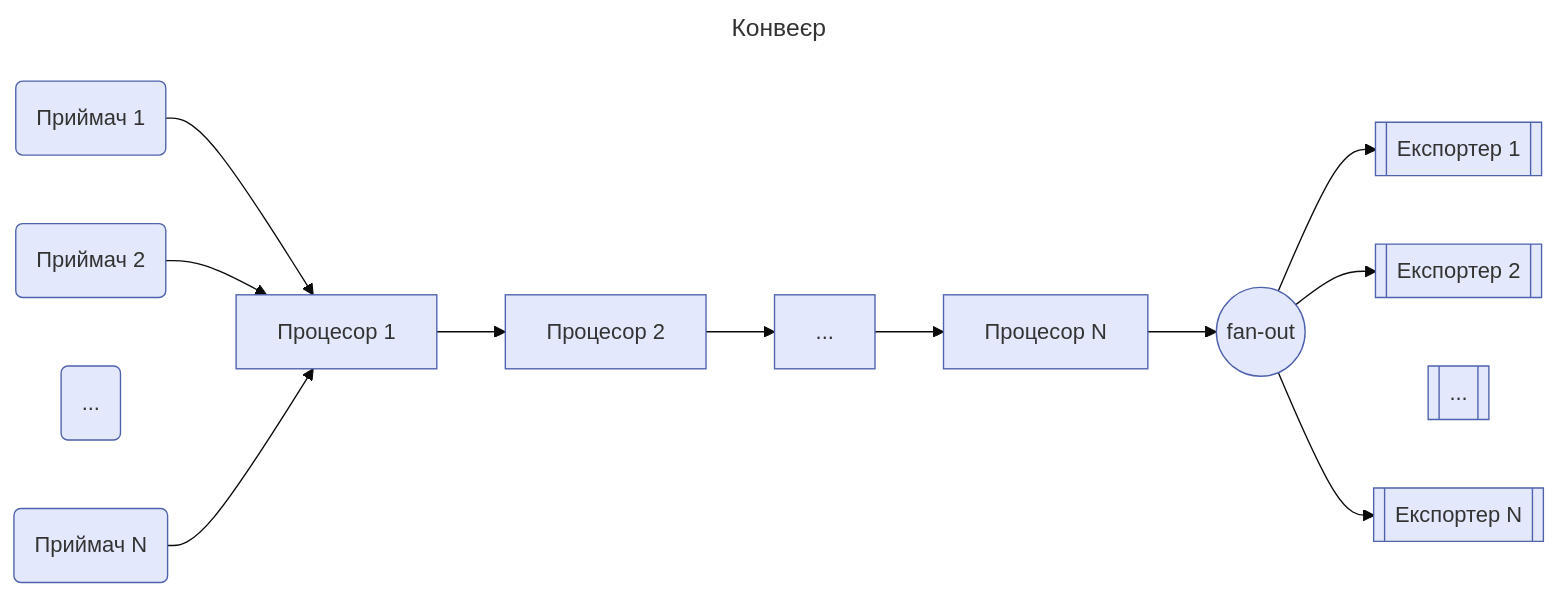
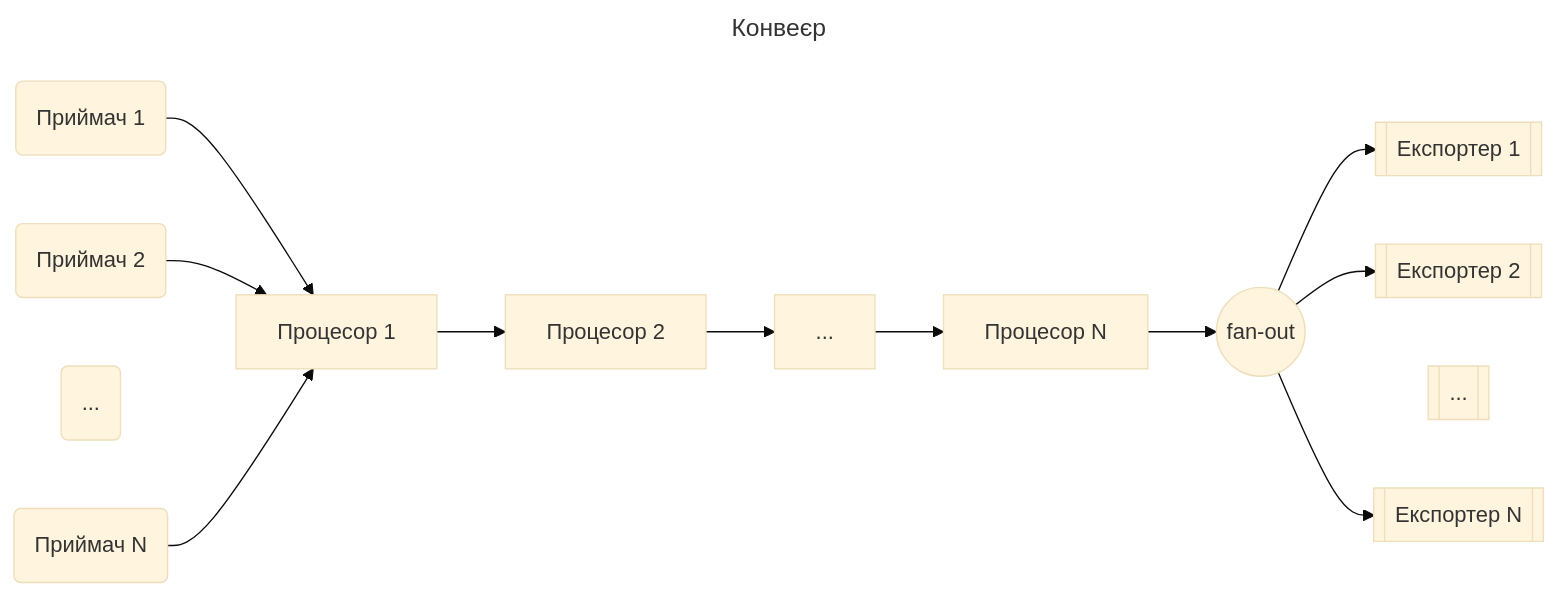
Before and after one commit to open-telemetry/opentelemetry.io: the first of 7 diagrams in content/uk/docs/collector/architecture.md, drawn with Mermaid (base theme). The commit also changed other lines of this file and 191 other files, not shown here.

````diff
--- a/content/uk/docs/collector/architecture.md
+++ b/content/uk/docs/collector/architecture.md
@@ -32,21 +32,18 @@
 ```mermaid
 ---
 title: Конвеєр
 ---
 flowchart LR
-    R1(Приймач 1) --> P1[Процесор 1]
-    R2(Приймач 2) --> P1
-    RM(...) ~~~ P1
-    RN(Приймач N) --> P1
-    P1 --> P2[Процесор 2]
-    P2 --> PM[...]
-    PM --> PN[Процесор N]
-    PN --> FO((fan-out))
-    FO --> E1[[Експортер 1]]
-    FO --> E2[[Експортер 2]]
-    FO ~~~ EM[[...]]
-    FO --> EN[[Експортер N]]
-
-    %% Колір обведення відповідає заголовку вебсайту.
-    classDef default fill:#e3e8fc,stroke:#4f62ad
+  R1(Приймач 1) --> P1[Процесор 1]
+  R2(Приймач 2) --> P1
+  RM(...) ~~~ P1
+  RN(Приймач N) --> P1
+  P1 --> P2[Процесор 2]
+  P2 --> PM[...]
+  PM --> PN[Процесор N]
+  PN --> FO((fan-out))
+  FO --> E1[[Експортер 1]]
+  FO --> E2[[Експортер 2]]
+  FO ~~~ EM[[...]]
+  FO --> EN[[Експортер N]]
 ```
````
